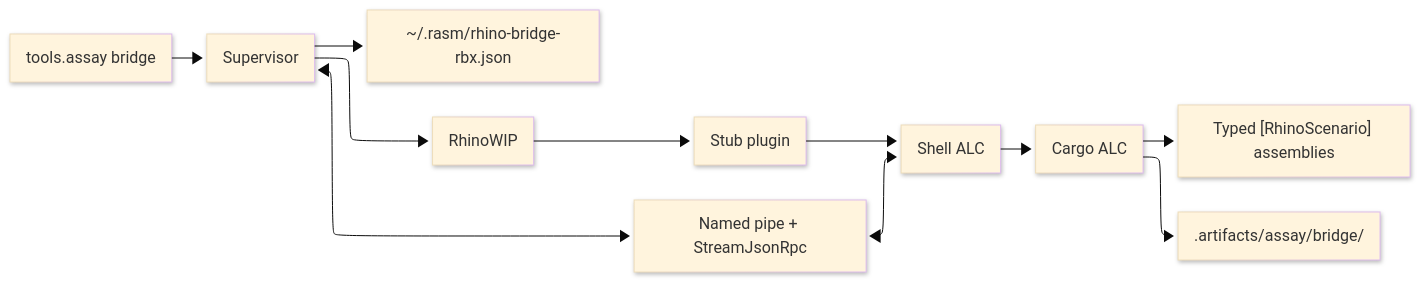
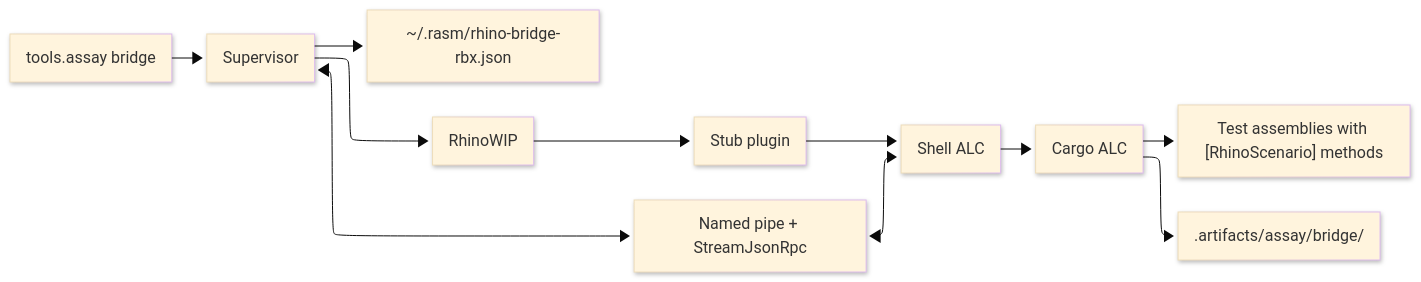
The diagram in tools/rhino-bridge/README.md (bsamiee/Rasm), drawn with Mermaid before and after one commit. The commit also changed other lines of this file and 94 other files, not shown here.

````diff
--- a/tools/rhino-bridge/README.md
+++ b/tools/rhino-bridge/README.md
@@ -94,19 +94,19 @@
 ```mermaid
 ---
 config:
   layout: elk
   look: neo
   theme: base
 ---
 flowchart LR
     Assay["tools.assay bridge"] --> Supervisor["Supervisor"]
     Supervisor --> Endpoint["~/.rasm/rhino-bridge-rbx.json"]
     Supervisor --> Rhino["RhinoWIP"]
     Rhino --> Stub["Stub plugin"]
     Stub --> Shell["Shell ALC"]
     Supervisor <--> Pipe["Named pipe + StreamJsonRpc"]
     Pipe <--> Shell
     Shell --> Cargo["Cargo ALC"]
-    Cargo --> Scenarios["Typed [RhinoScenario] assemblies"]
+    Cargo --> Scenarios["Test assemblies with [RhinoScenario] methods"]
     Cargo --> ReportDir[".artifacts/assay/bridge/<runId>"]
 ```
````
